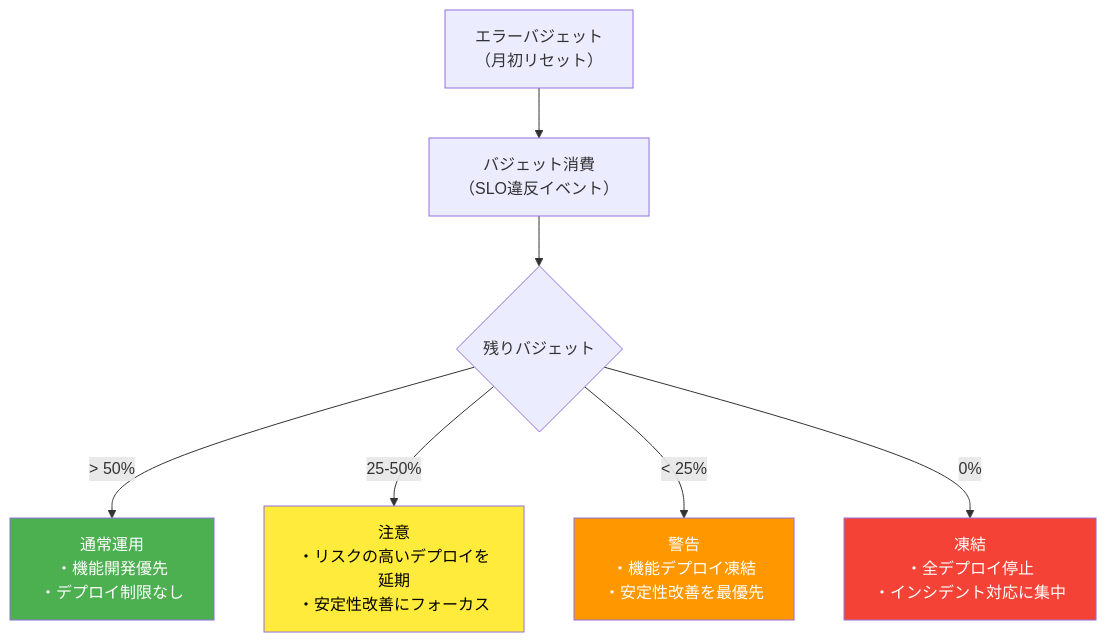
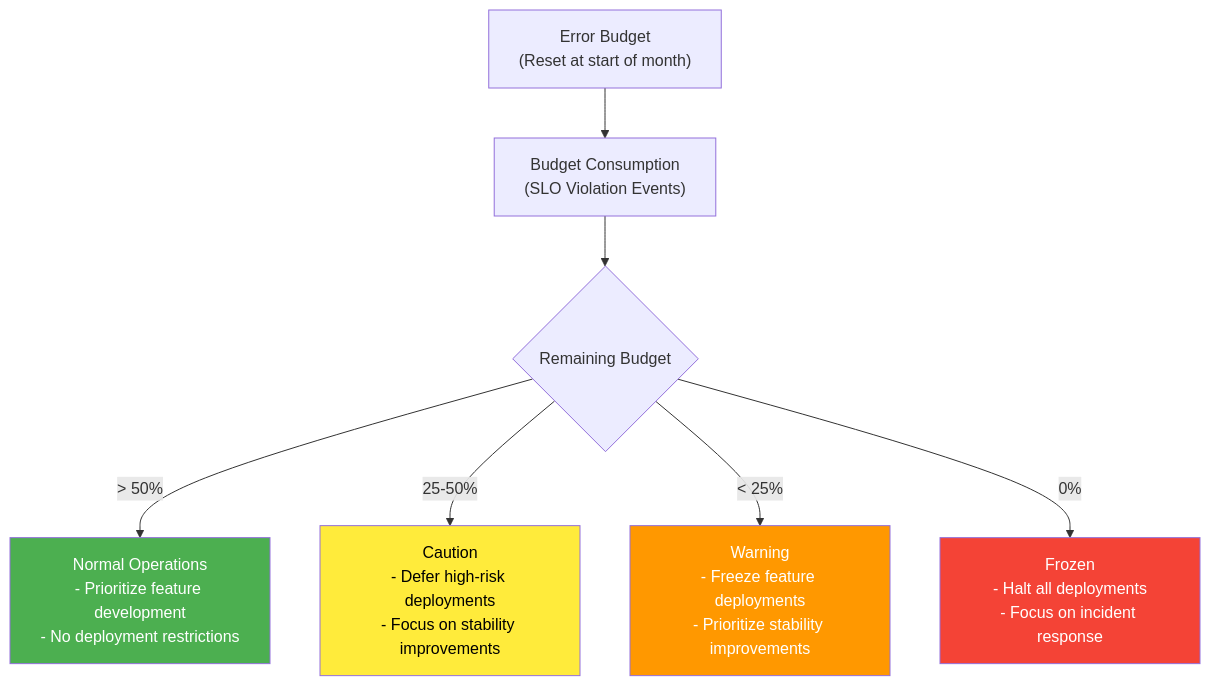
One commit to wfukatsu/nexus-architect changed the sixth of 6 diagrams in workflow/greenfield/09_observability_design.md. Above: the diagram before and after it, drawn with Mermaid. The commit also changed other lines of this file and 6 other files, not shown here.

````diff
--- a/workflow/greenfield/09_observability_design.md
+++ b/workflow/greenfield/09_observability_design.md
@@ -589,18 +589,18 @@
 ```mermaid
 flowchart TD
-    BUDGET["エラーバジェット<br/>（月初リセット）"]
-    CONSUME["バジェット消費<br/>（SLO違反イベント）"]
-    CHECK{残りバジェット}
+    BUDGET["Error Budget<br/>(Reset at start of month)"]
+    CONSUME["Budget Consumption<br/>(SLO Violation Events)"]
+    CHECK{Remaining Budget}
 
     BUDGET --> CONSUME --> CHECK
 
-    CHECK -->|"> 50%"| GREEN["通常運用<br/>・機能開発優先<br/>・デプロイ制限なし"]
-    CHECK -->|"25-50%"| YELLOW["注意<br/>・リスクの高いデプロイを延期<br/>・安定性改善にフォーカス"]
-    CHECK -->|"< 25%"| ORANGE["警告<br/>・機能デプロイ凍結<br/>・安定性改善を最優先"]
-    CHECK -->|"0%"| RED["凍結<br/>・全デプロイ停止<br/>・インシデント対応に集中"]
+    CHECK -->|"> 50%"| GREEN["Normal Operations<br/>- Prioritize feature development<br/>- No deployment restrictions"]
+    CHECK -->|"25-50%"| YELLOW["Caution<br/>- Defer high-risk deployments<br/>- Focus on stability improvements"]
+    CHECK -->|"< 25%"| ORANGE["Warning<br/>- Freeze feature deployments<br/>- Prioritize stability improvements"]
+    CHECK -->|"0%"| RED["Frozen<br/>- Halt all deployments<br/>- Focus on incident response"]
 
     style GREEN fill:#4caf50,color:#fff
     style YELLOW fill:#ffeb3b,color:#000
     style ORANGE fill:#ff9800,color:#fff
     style RED fill:#f44336,color:#fff
 ```
````
